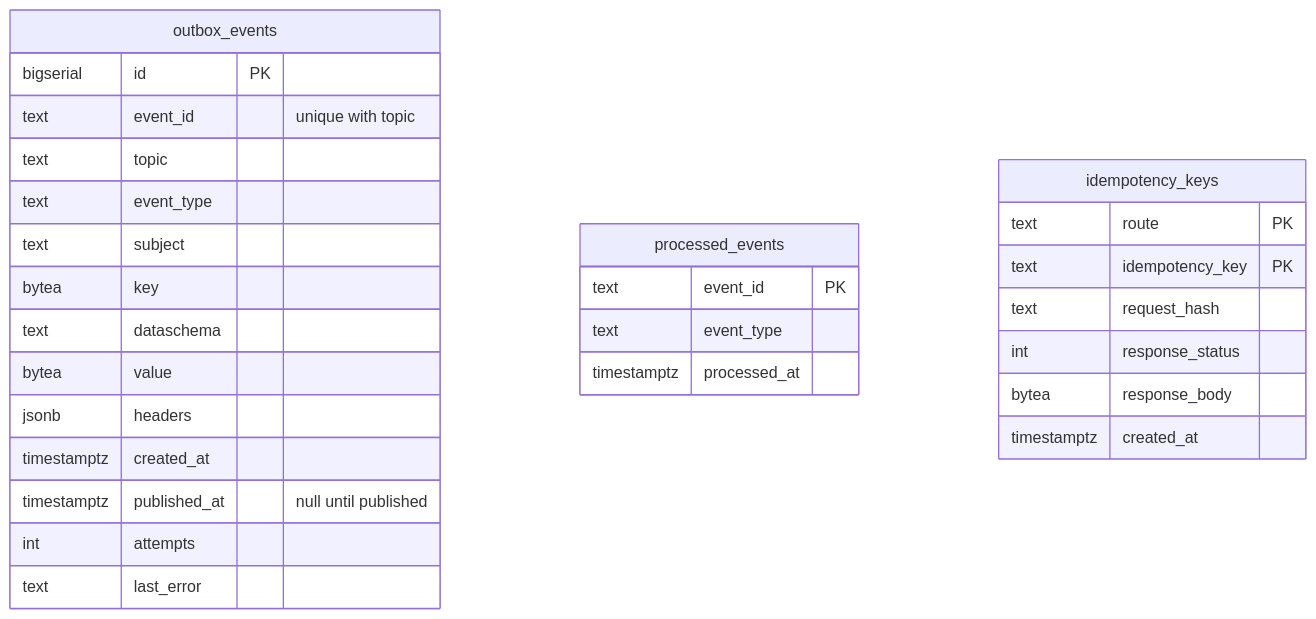
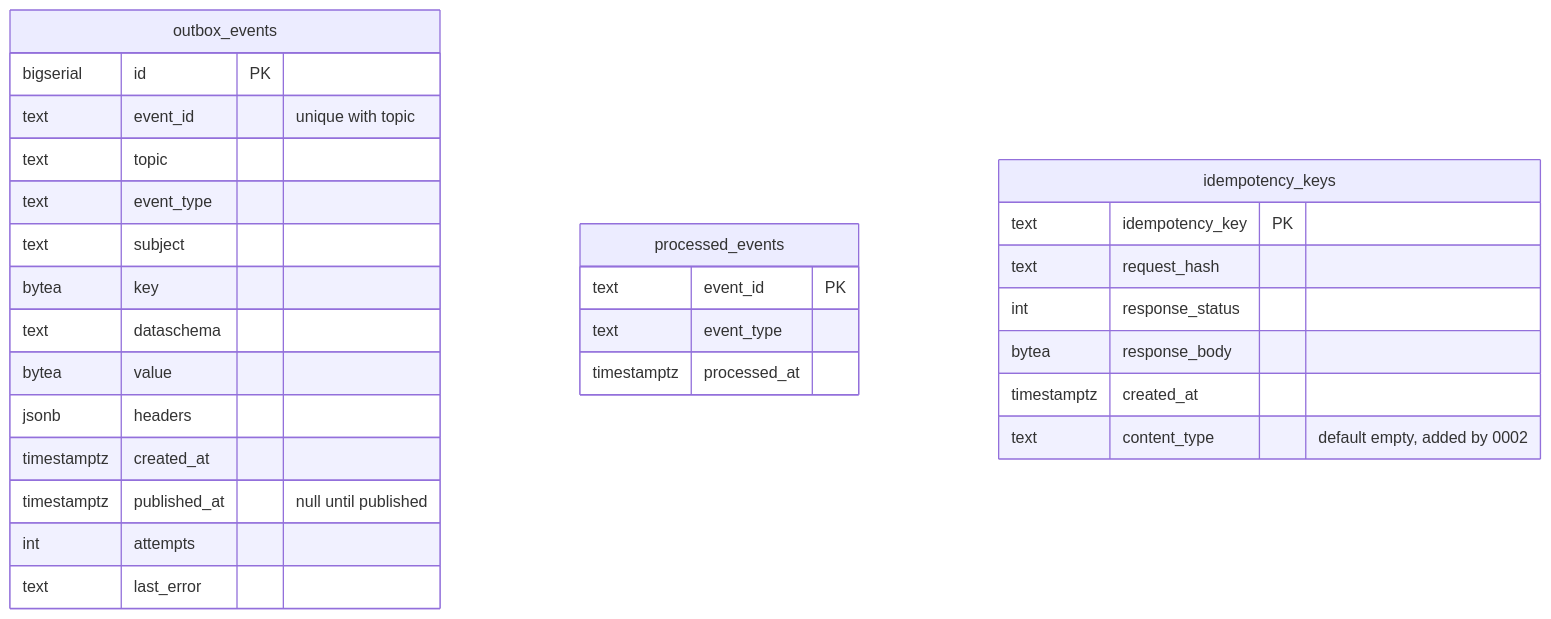
Before and after one commit to IQVO/last-mile-delivery: the fourth of 5 diagrams in docs/docs/ddd/entity-relationship.md, drawn with Mermaid. The commit also changed other lines of this file and 3 other files, not shown here.

Commit message:
docs: document analytics tables and migrations 0002/0003 in ER page, runbook, architecture

````diff
--- a/docs/docs/ddd/entity-relationship.md
+++ b/docs/docs/ddd/entity-relationship.md
@@ -132,31 +138,31 @@
 ```mermaid
 erDiagram
     outbox_events {
         bigserial id PK
         text event_id "unique with topic"
         text topic
         text event_type
         text subject
         bytea key
         text dataschema
         bytea value
         jsonb headers
         timestamptz created_at
         timestamptz published_at "null until published"
         int attempts
         text last_error
     }
     processed_events {
         text event_id PK
         text event_type
         timestamptz processed_at
     }
     idempotency_keys {
-        text route PK
         text idempotency_key PK
         text request_hash
         int response_status
         bytea response_body
         timestamptz created_at
+        text content_type "default empty, added by 0002"
     }
 ```
````
